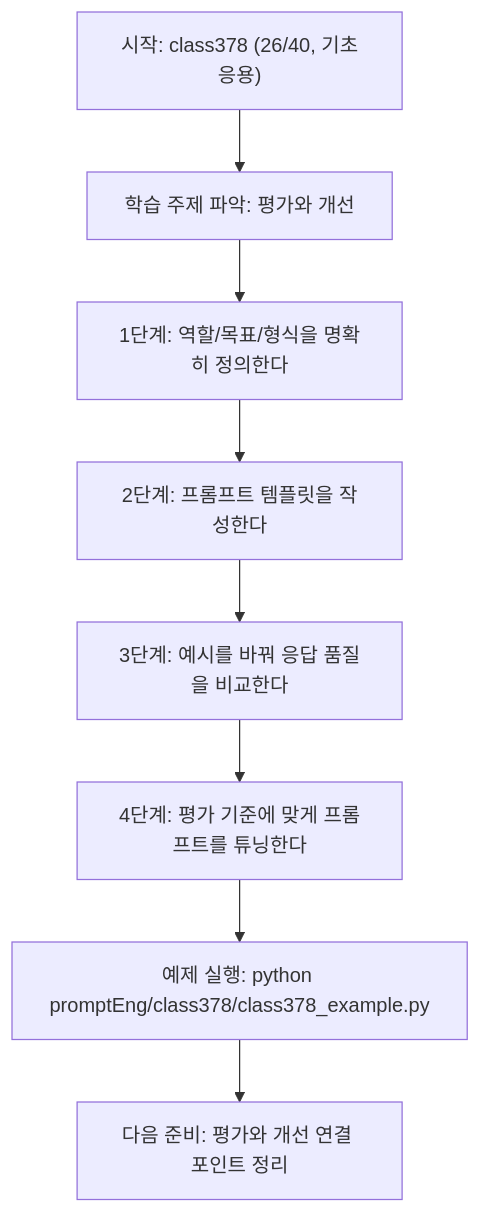
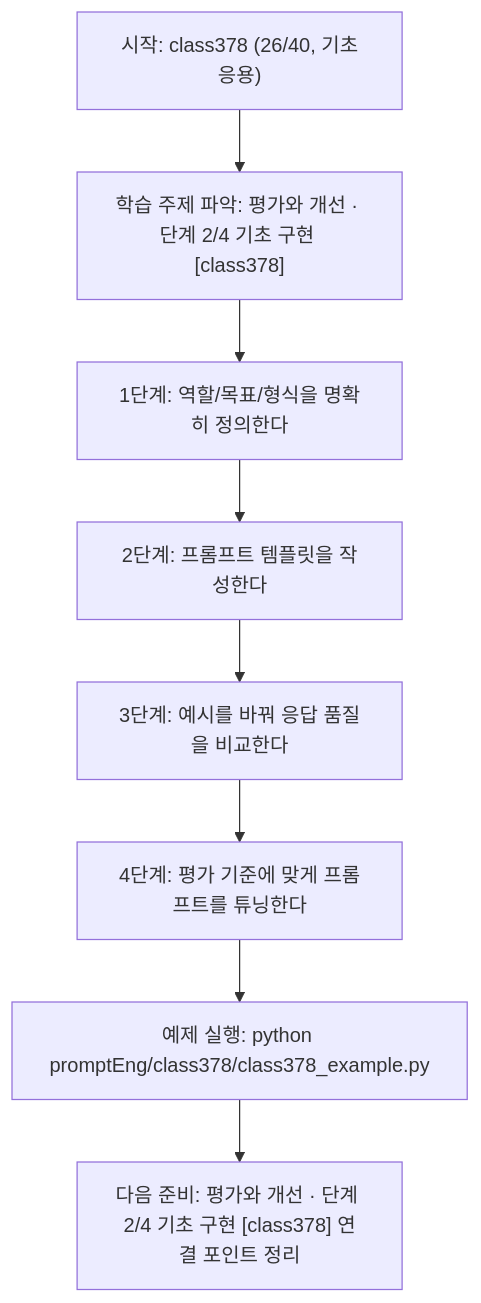
The diagram in promptEng/class378/class378.md (edumgt/Python-AI_Agent-Class), drawn with Mermaid before and after one commit. The commit also changed other lines of this file and 522 other files, not shown here.

````diff
--- a/promptEng/class378/class378.md
+++ b/promptEng/class378/class378.md
@@ -108,18 +109,18 @@
 ```mermaid
 flowchart TD
 N1["시작: class378 (26/40, 기초응용)"]
-N2["학습 주제 파악: 평가와 개선"]
+N2["학습 주제 파악: 평가와 개선 · 단계 2/4 기초 구현 [class378]"]
 N3["1단계: 역할/목표/형식을 명확히 정의한다"]
 N4["2단계: 프롬프트 템플릿을 작성한다"]
 N5["3단계: 예시를 바꿔 응답 품질을 비교한다"]
 N6["4단계: 평가 기준에 맞게 프롬프트를 튜닝한다"]
 N7["예제 실행: python promptEng/class378/class378_example.py"]
-N8["다음 준비: 평가와 개선 연결 포인트 정리"]
+N8["다음 준비: 평가와 개선 · 단계 2/4 기초 구현 [class378] 연결 포인트 정리"]
 N1 --> N2
 N2 --> N3
 N3 --> N4
 N4 --> N5
 N5 --> N6
 N6 --> N7
 N7 --> N8
 ```
````
